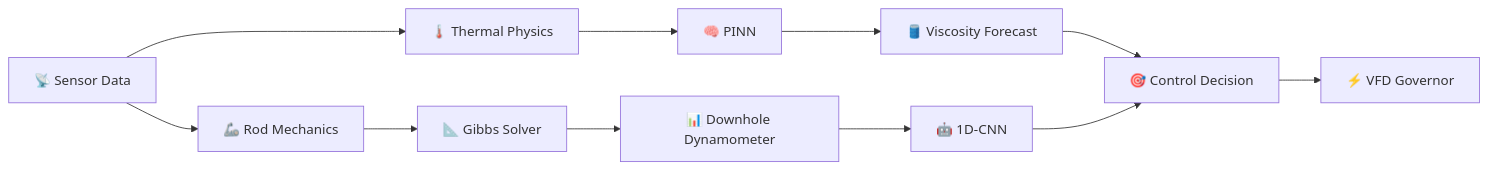
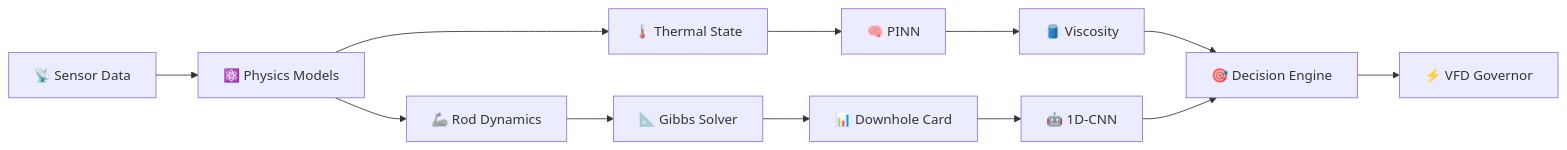
The fourth of 6 diagrams in README.md (Avinraj01/ThermaLift-AI), drawn with Mermaid before and after one commit. The commit also changed other lines of this file, not shown here.

````diff
--- a/README.md
+++ b/README.md
@@ -308,25 +431,24 @@
 ```mermaid
 flowchart LR
 
     DATA["📡 Sensor Data"]
 
-    DATA --> THERMAL["🌡️ Thermal Physics"]
+    DATA --> PHYS["⚛️ Physics Models"]
 
-    THERMAL --> PINN["🧠 PINN"]
+    PHYS --> TEMP["🌡️ Thermal State"]
+    PHYS --> ROD["🦾 Rod Dynamics"]
 
-    DATA --> MECH["🦾 Rod Mechanics"]
+    TEMP --> PINN["🧠 PINN"]
+    ROD --> GIBBS["📐 Gibbs Solver"]
 
-    MECH --> GIBBS["📐 Gibbs Solver"]
-
-    GIBBS --> CARD["📊 Downhole Dynamometer"]
+    GIBBS --> CARD["📊 Downhole Card"]
 
     CARD --> CNN["🤖 1D-CNN"]
 
-    PINN --> VISC["🛢️ Viscosity Forecast"]
+    PINN --> VISC["🛢️ Viscosity"]
 
-    VISC --> DECISION["🎯 Control Decision"]
-
+    VISC --> DECISION["🎯 Decision Engine"]
     CNN --> DECISION
 
-    DECISION --> VFD["⚡ VFD Governor"]
+    DECISION --> CONTROL["⚡ VFD Governor"]
 ```
````
